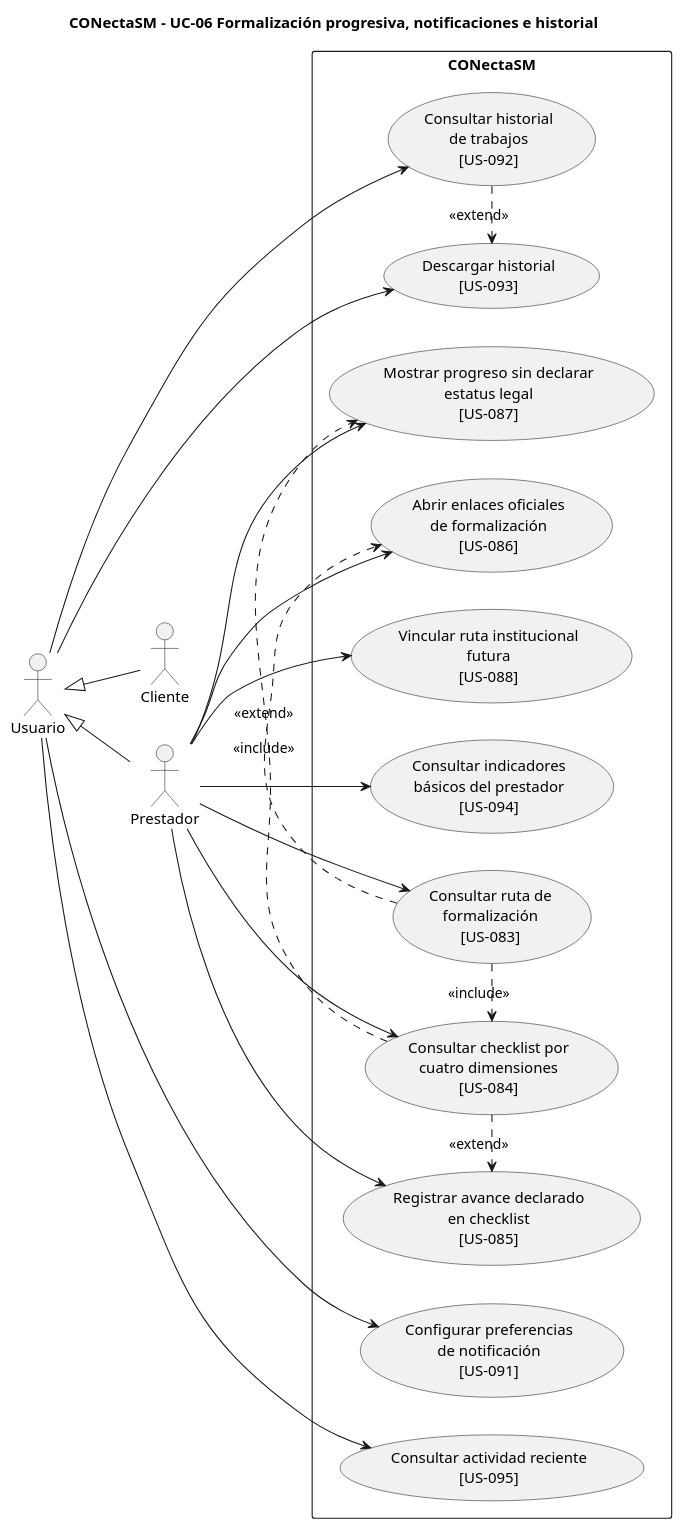
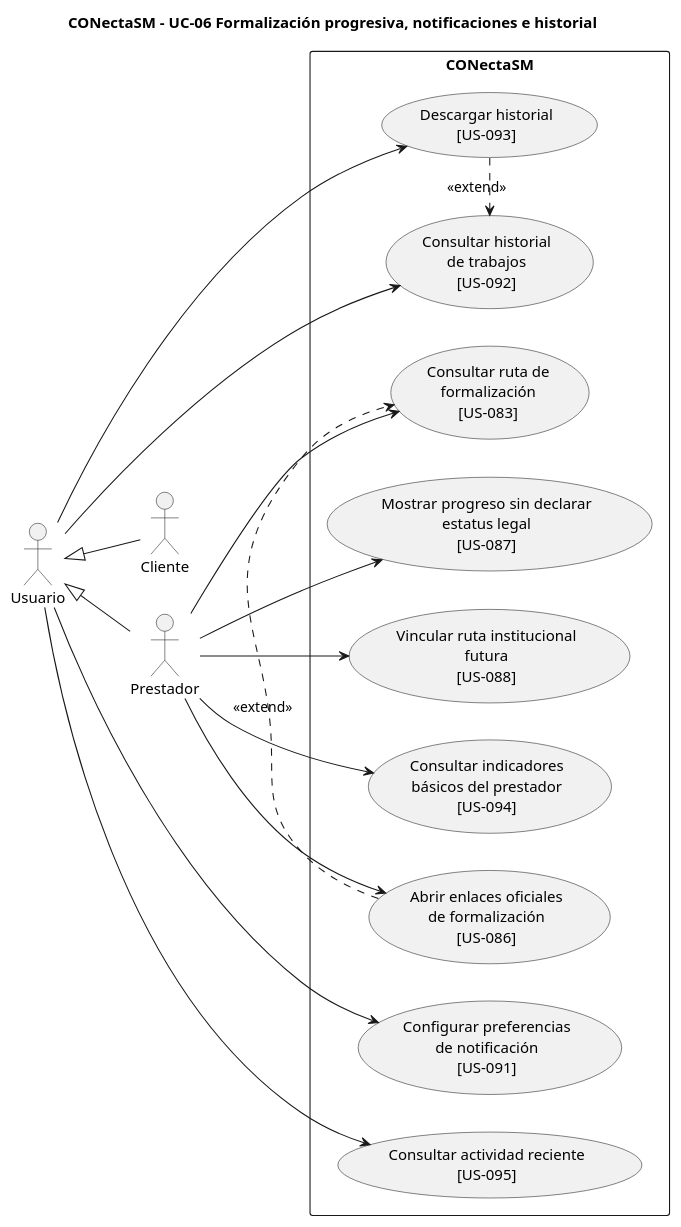
One commit to JsMartinez-dev/proyecto-diseno-ingenieria changed the diagram in FASE-4-Prototipar/08-Casos-de-Uso/Caso-de-uso-6/06_formalizacion_soporte.puml. Above: the diagram before and after it, drawn with PlantUML. The commit also changed 21 other files, not shown here.

```diff
--- a/FASE-4-Prototipar/08-Casos-de-Uso/Caso-de-uso-6/06_formalizacion_soporte.puml
+++ b/FASE-4-Prototipar/08-Casos-de-Uso/Caso-de-uso-6/06_formalizacion_soporte.puml
@@ -1,50 +1,43 @@
 @startuml
 title CONectaSM - UC-06 Formalización progresiva, notificaciones e historial
 left to right direction
 skinparam packageStyle rectangle
 skinparam shadowing false
 
 actor "Usuario" as Usuario
 actor "Cliente" as Cliente
 actor "Prestador" as Prestador
 
 
 Usuario <|-- Cliente
 Usuario <|-- Prestador
 
 rectangle "CONectaSM" {
   usecase "Consultar ruta de\nformalización\n[US-083]" as UC083
-  usecase "Consultar checklist por\ncuatro dimensiones\n[US-084]" as UC084
-  usecase "Registrar avance declarado\nen checklist\n[US-085]" as UC085
   usecase "Abrir enlaces oficiales\nde formalización\n[US-086]" as UC086
   usecase "Mostrar progreso sin declarar\nestatus legal\n[US-087]" as UC087
   usecase "Vincular ruta institucional\nfutura\n[US-088]" as UC088
 
   usecase "Configurar preferencias\nde notificación\n[US-091]" as UC091
   usecase "Consultar historial\nde trabajos\n[US-092]" as UC092
   usecase "Descargar historial\n[US-093]" as UC093
   usecase "Consultar indicadores\nbásicos del prestador\n[US-094]" as UC094
   usecase "Consultar actividad reciente\n[US-095]" as UC095
 }
 
 Prestador --> UC083
-Prestador --> UC084
-Prestador --> UC085
 Prestador --> UC086
 Prestador --> UC087
 Prestador --> UC088
 Prestador --> UC094
 
 Usuario --> UC091
 Usuario --> UC092
 Usuario --> UC093
 Usuario --> UC095
 
-UC083 .> UC084 : <<include>>
-UC084 .> UC085 : <<extend>>
-UC084 .> UC087 : <<include>>
-UC083 .> UC086 : <<extend>>
-UC092 .> UC093 : <<extend>>
+UC086 .> UC083 : <<extend>>
+UC093 .> UC092 : <<extend>>
 
 
 @enduml
```
